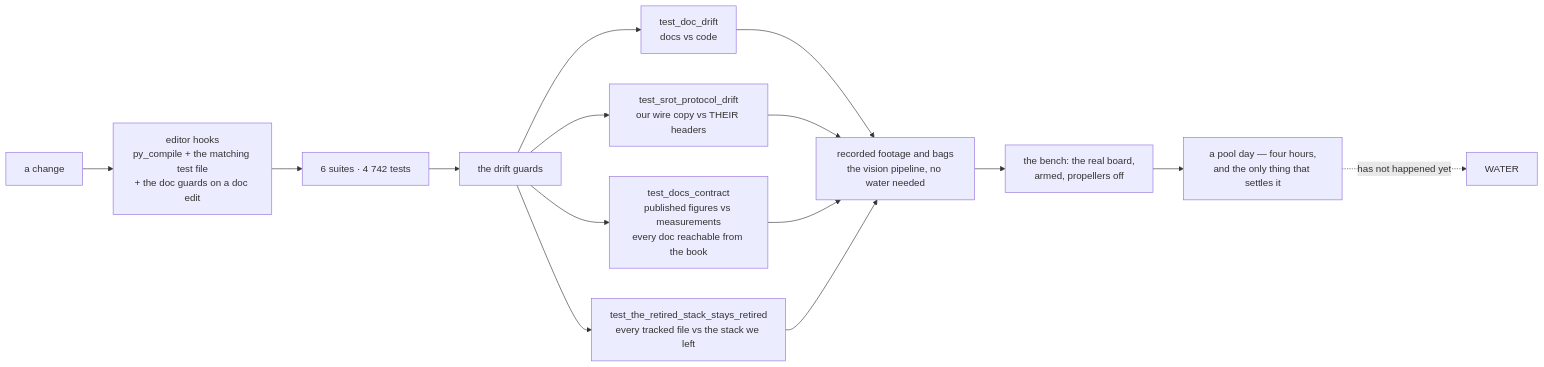
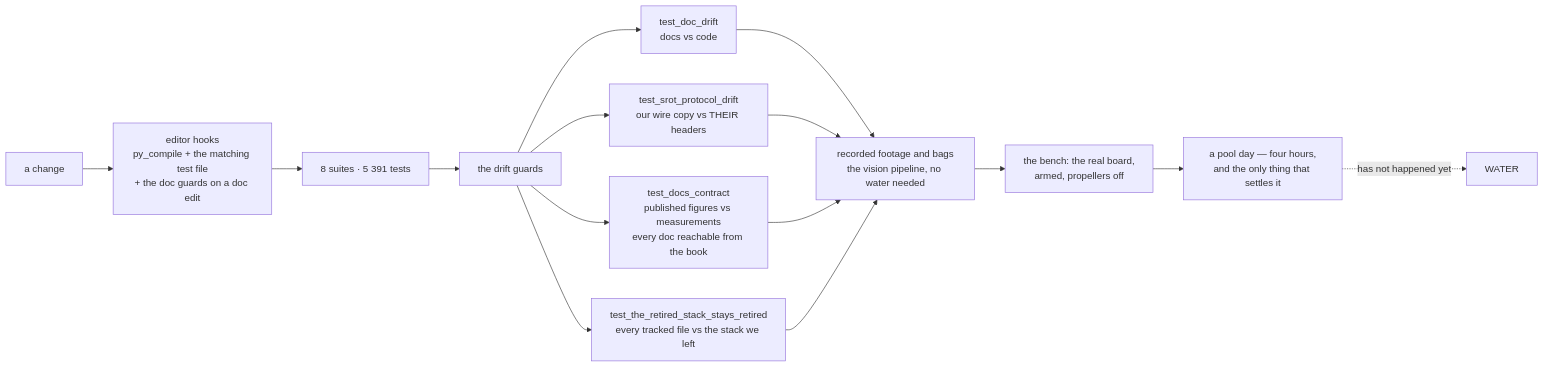
Before and after one commit to fh1m/mongla_ws: the ninth of 10 diagrams in README.md, drawn with Mermaid. The commit also changed other lines of this file and 6 other files, not shown here.

````diff
--- a/README.md
+++ b/README.md
@@ -868,17 +909,17 @@
 ```mermaid
 flowchart LR
     DEV["a change"] --> HOOK["editor hooks<br/>py_compile + the matching test file<br/>+ the doc guards on a doc edit"]
-    HOOK --> UNIT["6 suites · 4 742 tests"]
+    HOOK --> UNIT["8 suites · 5 391 tests"]
     UNIT --> GUARD["the drift guards"]
     GUARD --> G1["test_doc_drift<br/>docs vs code"]
     GUARD --> G2["test_srot_protocol_drift<br/>our wire copy vs THEIR headers"]
     GUARD --> G3["test_docs_contract<br/>published figures vs measurements<br/>every doc reachable from the book"]
     GUARD --> G4["test_the_retired_stack_stays_retired<br/>every tracked file vs the stack we left"]
     G1 --> REPLAY["recorded footage and bags<br/>the vision pipeline, no water needed"]
     G2 --> REPLAY
     G3 --> REPLAY
     G4 --> REPLAY
     REPLAY --> BENCH["the bench: the real board,<br/>armed, propellers off"]
     BENCH --> POOL["a pool day — four hours,<br/>and the only thing that settles it"]
     POOL -.->|"has not happened yet"| WATER["WATER"]
 ```
````
